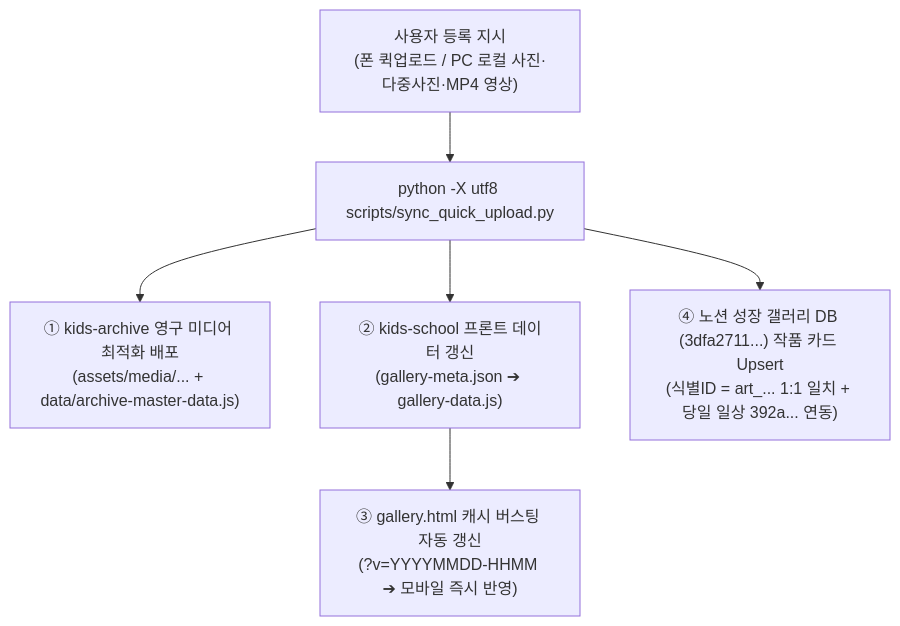
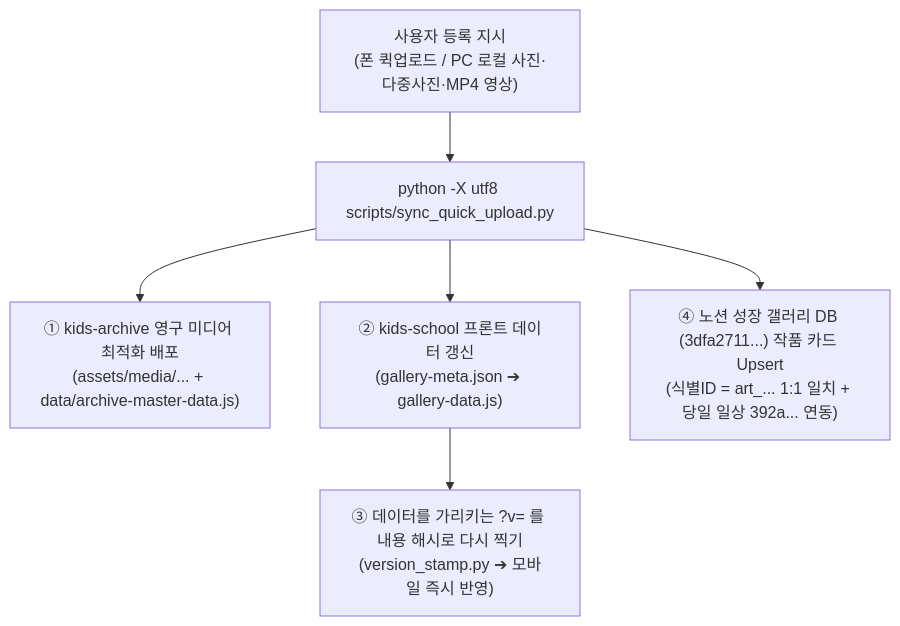
Before and after one commit to awslike6-web/kids-school: the diagram in docs/gallery_archive_spec.md, drawn with Mermaid. The commit also changed other lines of this file and 12 other files, not shown here.

First line of the commit message:
고침: 등록 도구 ?v= 를 시각 대신 내용 해시로 — stamp_versions --only·version_stamp.py

````diff
--- a/docs/gallery_archive_spec.md
+++ b/docs/gallery_archive_spec.md
@@ -27,8 +27,8 @@
 ```mermaid
 flowchart TD
     A["사용자 등록 지시<br>(폰 퀵업로드 / PC 로컬 사진·다중사진·MP4 영상)"] --> B["python -X utf8 scripts/sync_quick_upload.py"]
     B --> C["① kids-archive 영구 미디어 최적화 배포<br>(assets/media/... + data/archive-master-data.js)"]
     B --> D["② kids-school 프론트 데이터 갱신<br>(gallery-meta.json ➔ gallery-data.js)"]
-    D --> E["③ gallery.html 캐시 버스팅 자동 갱신<br>(?v=YYYYMMDD-HHMM ➔ 모바일 즉시 반영)"]
+    D --> E["③ 데이터를 가리키는 ?v= 를 내용 해시로 다시 찍기<br>(version_stamp.py ➔ 모바일 즉시 반영)"]
     B --> F["④ 노션 성장 갤러리 DB (3dfa2711...) 작품 카드 Upsert<br>(식별ID = art_... 1:1 일치 + 당일 일상 392a... 연동)"]
 ```
````
